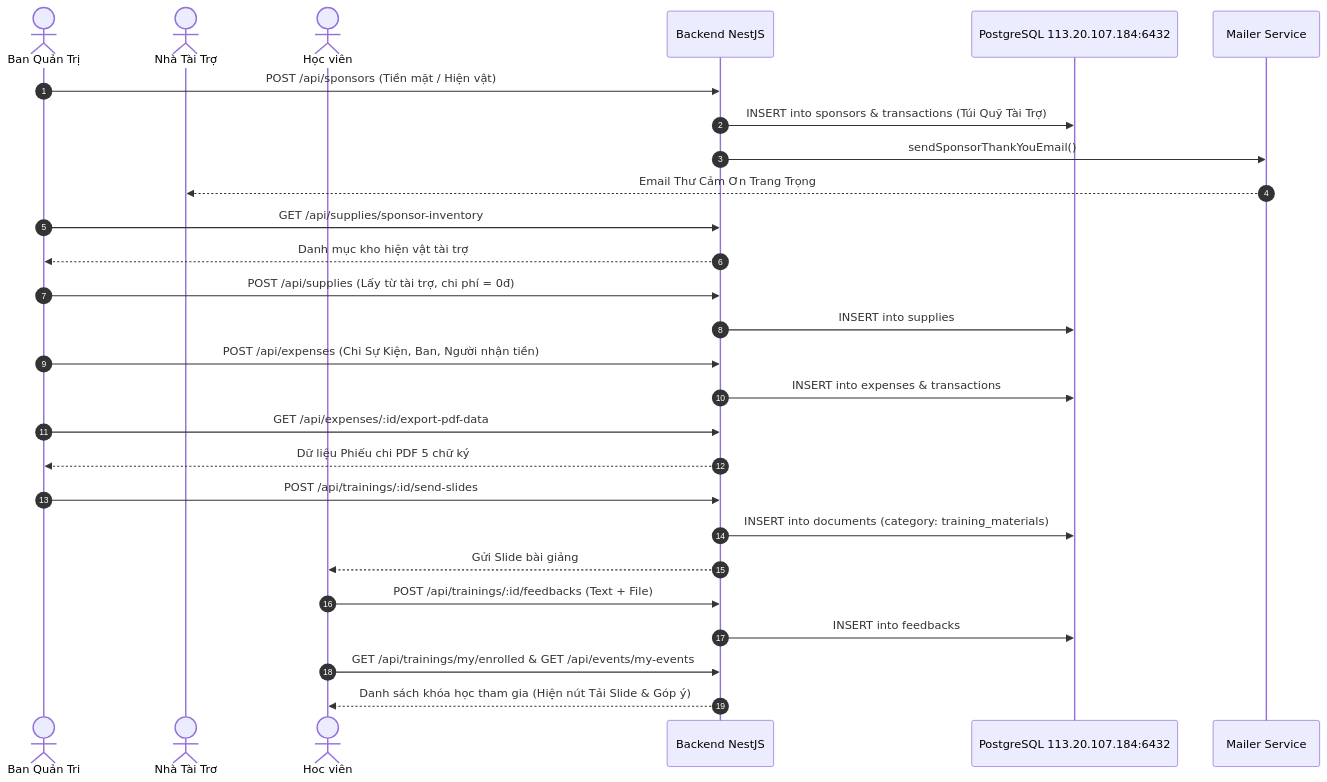
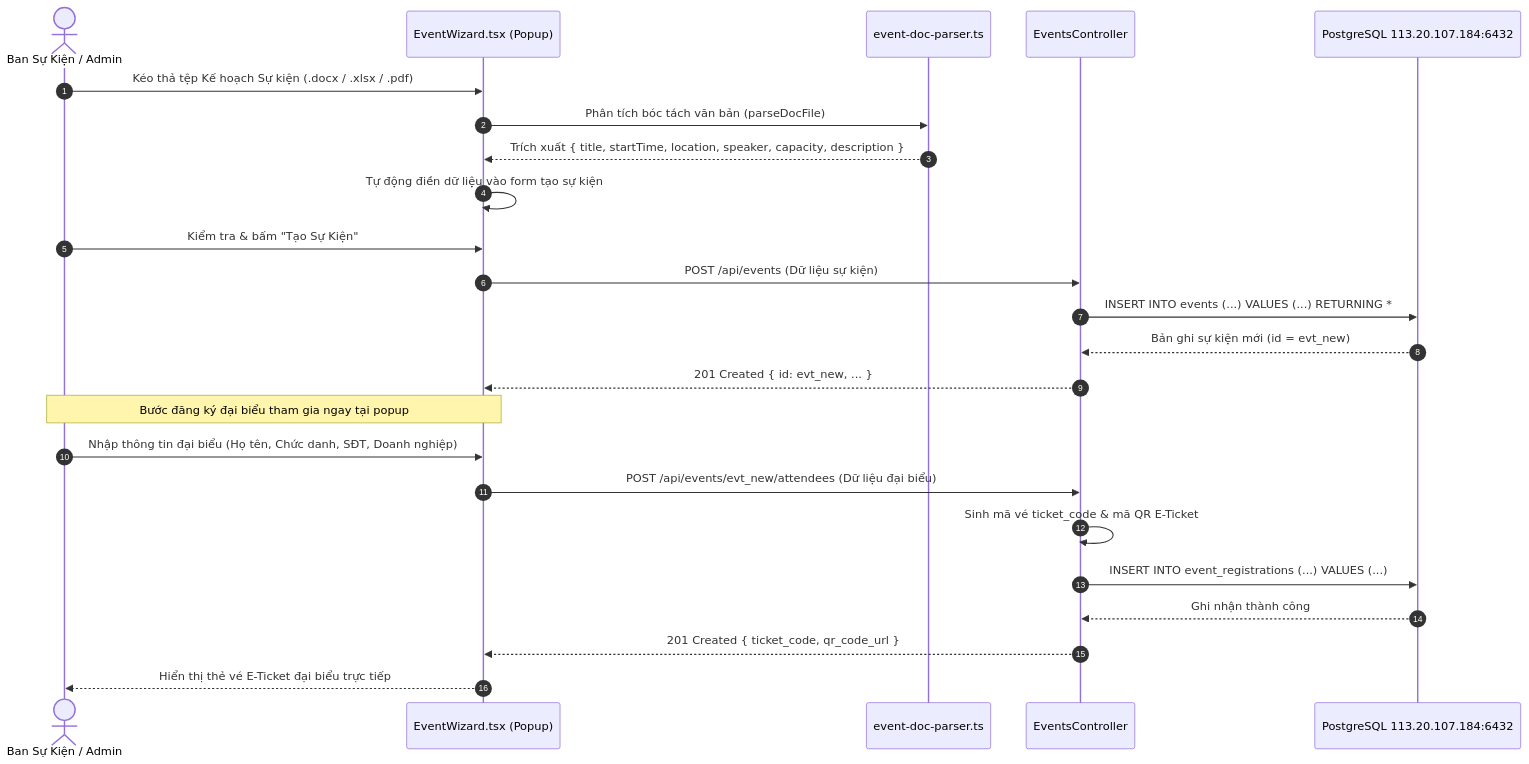
Before and after one commit to viconnect-product-team/ceoHN10_project: the second of 5 diagrams in document/THIET_KE_RESTFUL_API_CEOHN10.md, drawn with Mermaid. The commit also changed other lines of this file and 29 other files, not shown here.

````diff
--- a/document/THIET_KE_RESTFUL_API_CEOHN10.md
+++ b/document/THIET_KE_RESTFUL_API_CEOHN10.md
@@ -418,39 +126,28 @@
 ```mermaid
 sequenceDiagram
     autonumber
-    actor Admin as Ban Quản Trị
-    actor Sponsor as Nhà Tài Trợ
-    actor Member as Học viên
-    participant BE as Backend NestJS
+    actor Admin as Ban Sự Kiện / Admin
+    participant FE as EventWizard.tsx (Popup)
+    participant Parser as event-doc-parser.ts
+    participant Nest as EventsController
     participant DB as PostgreSQL 113.20.107.184:6432
-    participant Mail as Mailer Service
+
+    Admin->>FE: Kéo thả tệp Kế hoạch Sự kiện (.docx / .xlsx / .pdf)
+    FE->>Parser: Phân tích bóc tách văn bản (parseDocFile)
+    Parser-->>FE: Trích xuất { title, startTime, location, speaker, capacity, description }
+    FE->>FE: Tự động điền dữ liệu vào form tạo sự kiện
+    Admin->>FE: Kiểm tra & bấm "Tạo Sự Kiện"
+    FE->>Nest: POST /api/events (Dữ liệu sự kiện)
+    Nest->>DB: INSERT INTO events (...) VALUES (...) RETURNING *
+    DB-->>Nest: Bản ghi sự kiện mới (id = evt_new)
+    Nest-->>FE: 201 Created { id: evt_new, ... }
     
-    %% UC-6: Tài Trợ
-    Admin->>BE: POST /api/sponsors (Tiền mặt / Hiện vật)
-    BE->>DB: INSERT into sponsors & transactions (Túi Quỹ Tài Trợ)
-    BE->>Mail: sendSponsorThankYouEmail()
-    Mail-->>Sponsor: Email Thư Cảm Ơn Trang Trọng
-    
-    %% UC-4: Hậu cần xin cấp hiện vật
-    Admin->>BE: GET /api/supplies/sponsor-inventory
-    BE-->>Admin: Danh mục kho hiện vật tài trợ
-    Admin->>BE: POST /api/supplies (Lấy từ tài trợ, chi phí = 0đ)
-    BE->>DB: INSERT into supplies
-    
-    %% UC-5: Xuất Phiếu Chi PDF
-    Admin->>BE: POST /api/expenses (Chi Sự Kiện, Ban, Người nhận tiền)
-    BE->>DB: INSERT into expenses & transactions
-    Admin->>BE: GET /api/expenses/:id/export-pdf-data
-    BE-->>Admin: Dữ liệu Phiếu chi PDF 5 chữ ký
-    
-    %% UC-3: Khóa Học & Phát Slide
-    Admin->>BE: POST /api/trainings/:id/send-slides
-    BE->>DB: INSERT into documents (category: training_materials)
-    BE-->>Member: Gửi Slide bài giảng
-    Member->>BE: POST /api/trainings/:id/feedbacks (Text + File)
-    BE->>DB: INSERT into feedbacks
-    
-    %% I.1: Dashboard Tổng Quan
-    Member->>BE: GET /api/trainings/my/enrolled & GET /api/events/my-events
-    BE-->>Member: Danh sách khóa học tham gia (Hiện nút Tải Slide & Góp ý)
+    Note over Admin,FE: Bước đăng ký đại biểu tham gia ngay tại popup
+    Admin->>FE: Nhập thông tin đại biểu (Họ tên, Chức danh, SĐT, Doanh nghiệp)
+    FE->>Nest: POST /api/events/evt_new/attendees (Dữ liệu đại biểu)
+    Nest->>Nest: Sinh mã vé ticket_code & mã QR E-Ticket
+    Nest->>DB: INSERT INTO event_registrations (...) VALUES (...)
+    DB-->>Nest: Ghi nhận thành công
+    Nest-->>FE: 201 Created { ticket_code, qr_code_url }
+    FE-->>Admin: Hiển thị thẻ vé E-Ticket đại biểu trực tiếp
 ```
````
